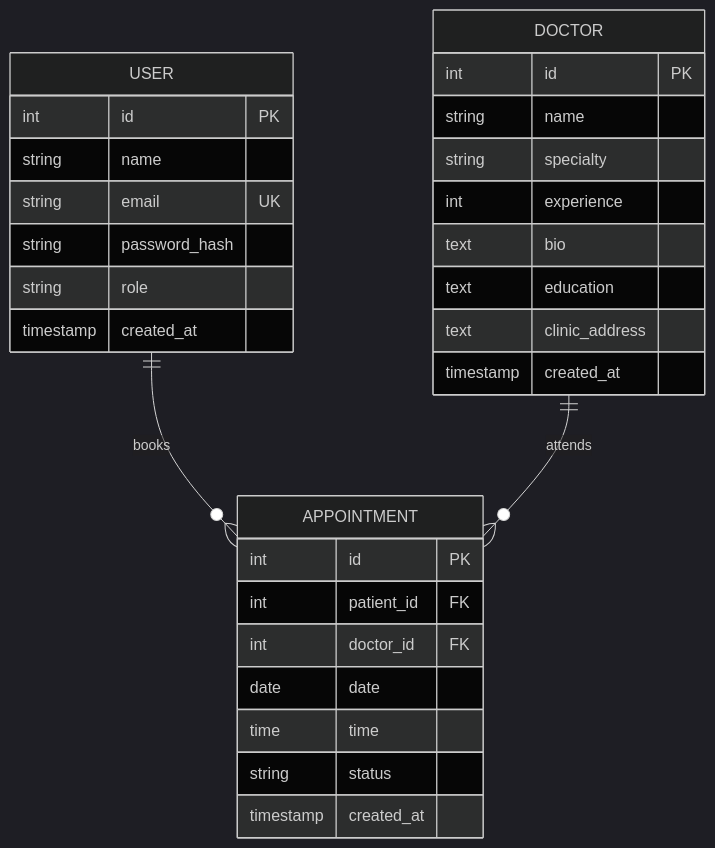
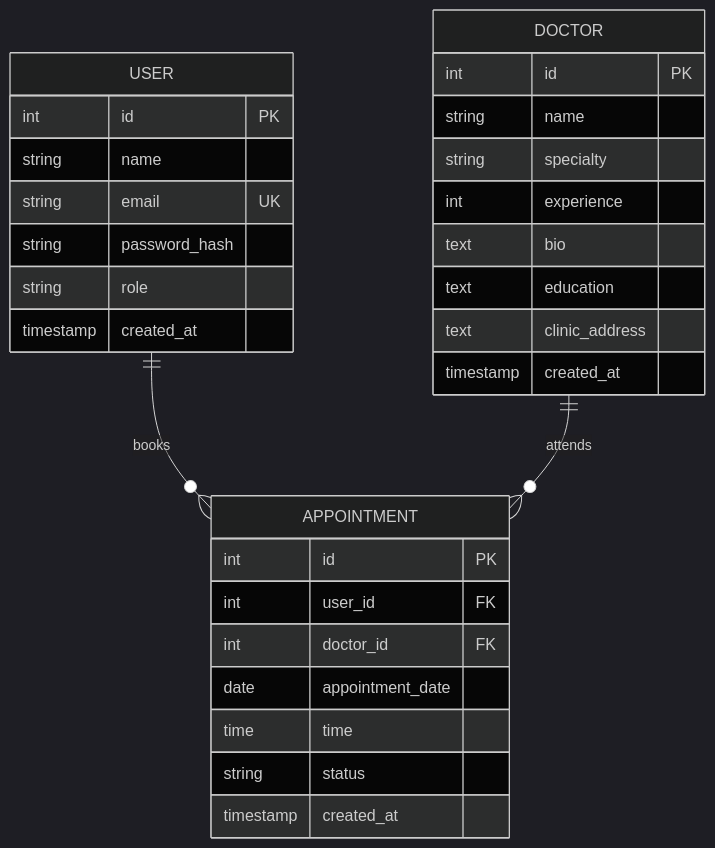
The diagram in ER_DIAGRAM.md (imranbhatLeaf/docbookingapp), drawn with Mermaid (dark theme) before and after one commit. The commit also changed other lines of this file and 18 other files, not shown here.

````diff
--- a/ER_DIAGRAM.md
+++ b/ER_DIAGRAM.md
@@ -6,35 +6,35 @@
 ```mermaid
 erDiagram
     USER ||--o{ APPOINTMENT : "books"
     DOCTOR ||--o{ APPOINTMENT : "attends"
 
     USER {
         int id PK
         string name
         string email UK
         string password_hash
         string role
         timestamp created_at
     }
 
     DOCTOR {
         int id PK
         string name
         string specialty
         int experience
         text bio
         text education
         text clinic_address
         timestamp created_at
     }
 
     APPOINTMENT {
         int id PK
-        int patient_id FK
+        int user_id FK
         int doctor_id FK
-        date date
+        date appointment_date
         time time
         string status
         timestamp created_at
     }
 ```
````
